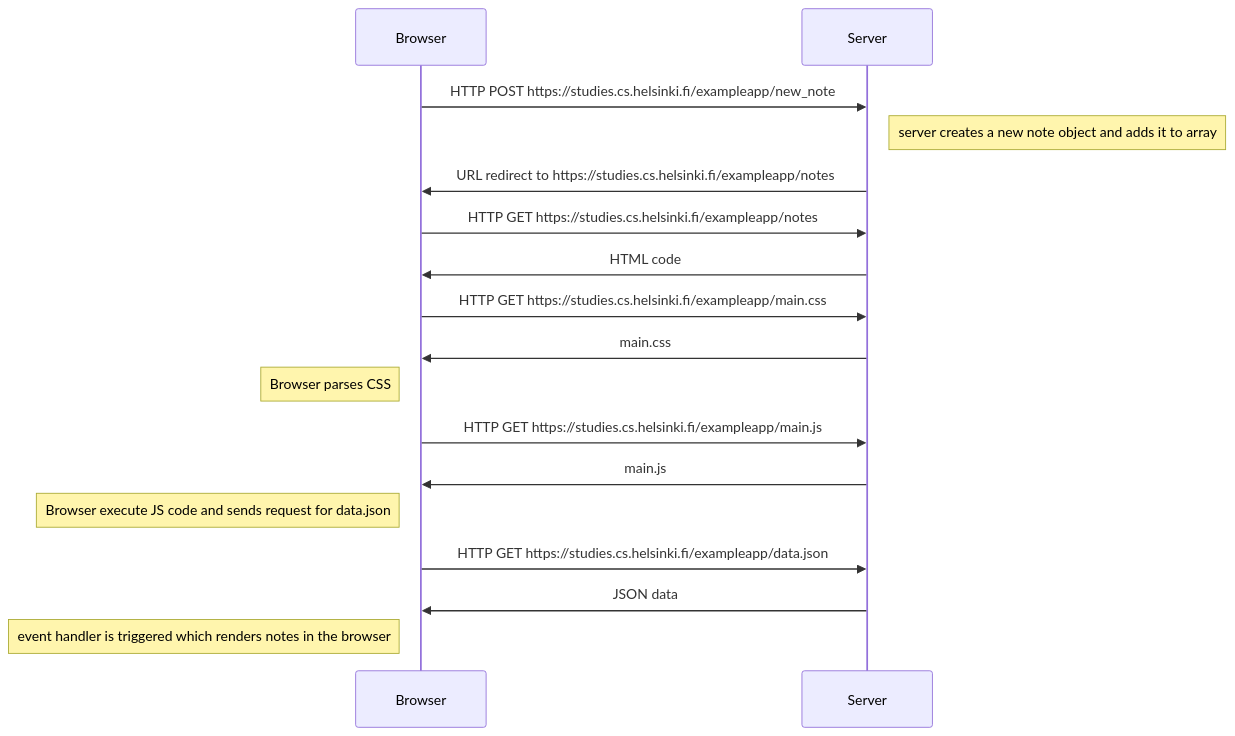
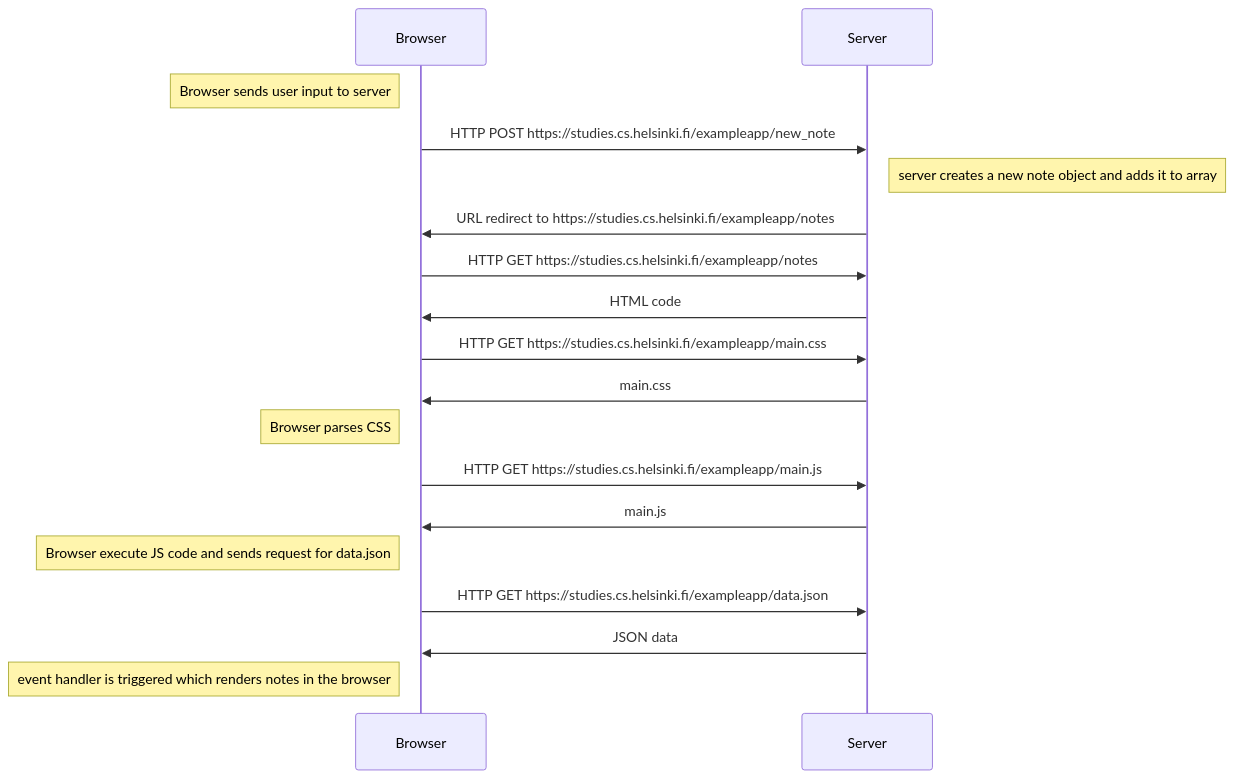
Before and after one commit to hadzistancic/fullStackOpen: the diagram in part0/04:new_file.MD, drawn with Mermaid.

Commit message:
exercises 04 edit

````diff
--- a/part0/04:new_file.MD
+++ b/part0/04:new_file.MD
@@ -1,19 +1,20 @@
 ```mermaid
 sequenceDiagram
     participant Browser
     participant Server
+    note left of Browser: Browser sends user input to server
     Browser->>Server: HTTP POST https://studies.cs.helsinki.fi/exampleapp/new_note
     note right of Server: server creates a new note object and adds it to array
     Server->>Browser: URL redirect to https://studies.cs.helsinki.fi/exampleapp/notes
     Browser->>Server: HTTP GET https://studies.cs.helsinki.fi/exampleapp/notes
     Server->>Browser: HTML code 
     Browser->>Server: HTTP GET https://studies.cs.helsinki.fi/exampleapp/main.css
     Server->>Browser: main.css
     note left of Browser: Browser parses CSS
     Browser->>Server: HTTP GET https://studies.cs.helsinki.fi/exampleapp/main.js
     Server->>Browser: main.js
     note left of Browser: Browser execute JS code and sends request for data.json
     Browser->>Server: HTTP GET https://studies.cs.helsinki.fi/exampleapp/data.json
     Server->>Browser: JSON data
     note left of Browser: event handler is triggered which renders notes in the browser
 ```
````
